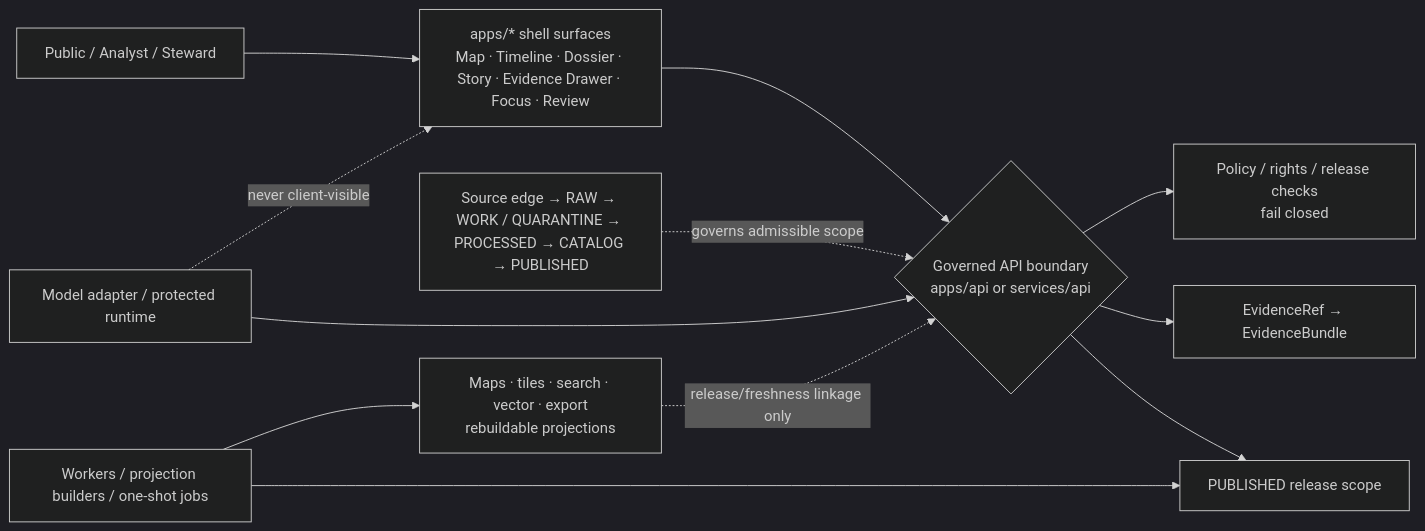
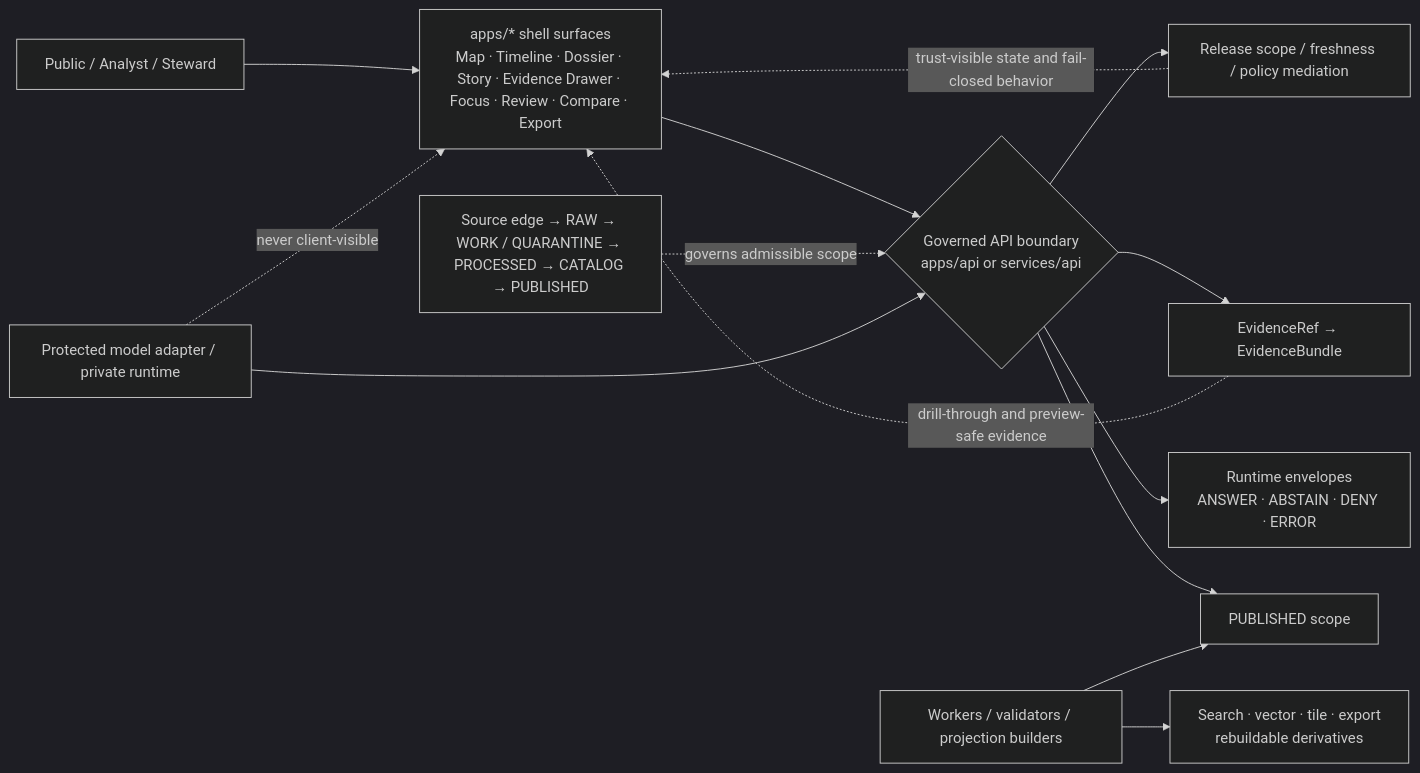
The diagram in apps/README.md (bartytime4life/Kansas-Frontier-Matrix), drawn with Mermaid (dark theme) before and after one commit. The commit also changed other lines of this file, not shown here.

````diff
--- a/apps/README.md
+++ b/apps/README.md
@@ -308,21 +313,23 @@
 ```mermaid
 flowchart LR
-    User[Public / Analyst / Steward] --> Shell[apps/* shell surfaces<br/>Map · Timeline · Dossier · Story · Evidence Drawer · Focus · Review]
+    User[Public / Analyst / Steward] --> Shell[apps/* shell surfaces<br/>Map · Timeline · Dossier · Story · Evidence Drawer · Focus · Review · Compare · Export]
 
     Shell --> API{Governed API boundary<br/>apps/api or services/api}
 
-    API --> Policy[Policy / rights / release checks<br/>fail closed]
+    API --> Release[Release scope / freshness / policy mediation]
     API --> Resolver[EvidenceRef → EvidenceBundle]
-    API --> Published[PUBLISHED release scope]
+    API --> Runtime[Runtime envelopes<br/>ANSWER · ABSTAIN · DENY · ERROR]
+    API --> Published[PUBLISHED scope]
 
-    Workers[Workers / projection builders / one-shot jobs] --> Published
-    Workers --> Derived[Maps · tiles · search · vector · export<br/>rebuildable projections]
+    Workers[Workers / validators / projection builders] --> Published
+    Workers --> Derived[Search · vector · tile · export<br/>rebuildable derivatives]
 
     Canonical[Source edge → RAW → WORK / QUARANTINE → PROCESSED → CATALOG → PUBLISHED]
     Canonical -. governs admissible scope .-> API
 
-    Model[Model adapter / protected runtime] --> API
+    Model[Protected model adapter / private runtime] --> API
     Model -. never client-visible .-> Shell
 
-    Derived -. release/freshness linkage only .-> API
+    Resolver -. drill-through and preview-safe evidence .-> Shell
+    Release -. trust-visible state and fail-closed behavior .-> Shell
 ```
````
